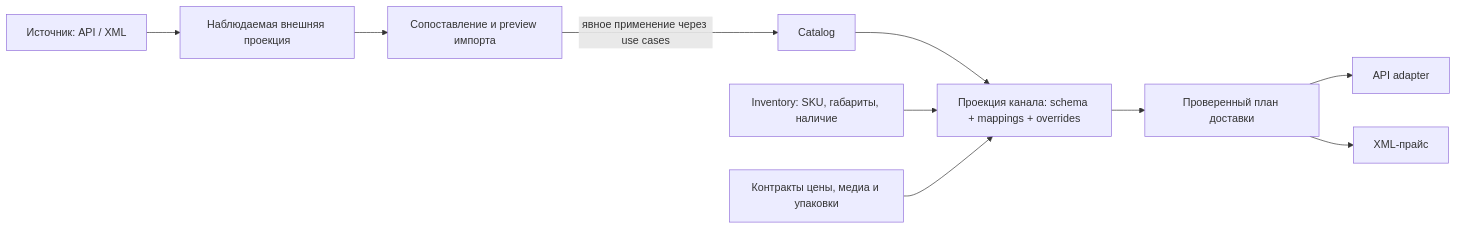
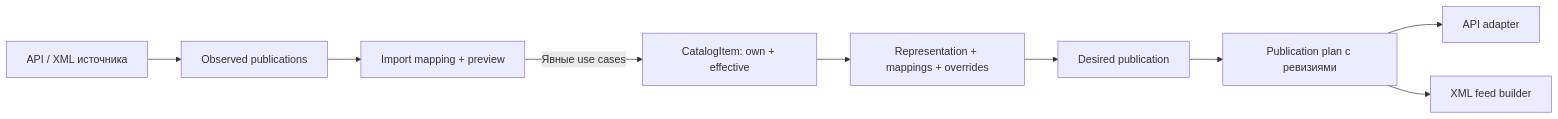
One commit to dinikon/dnk-runtime-core changed the diagram in docs/plan/catalog.md. Above: the diagram before and after it, drawn with Mermaid. The commit also changed other lines of this file and 2 other files, not shown here.

Commit message:
docs(files): outline Files Admin Console plan, lifecycle, domain, and infrastructure

````diff
--- a/docs/plan/catalog.md
+++ b/docs/plan/catalog.md
@@ -586,12 +763,11 @@
 ```mermaid
 flowchart LR
-    SRC["Источник: API / XML"] --> OBS["Наблюдаемая внешняя проекция"]
-    OBS --> MATCH["Сопоставление и preview импорта"]
-    MATCH -->|"явное применение через use cases"| CAT["Catalog"]
-    CAT --> RES["Проекция канала: schema + mappings + overrides"]
-    INV["Inventory: SKU, габариты, наличие"] --> RES
-    OTHER["Контракты цены, медиа и упаковки"] --> RES
-    RES --> PLAN["Проверенный план доставки"]
-    PLAN --> API["API adapter"]
-    PLAN --> XML["XML-прайс"]
+  SRC["API / XML источника"] --> OBS["Observed publications"]
+  OBS --> IMP["Import mapping + preview"]
+  IMP -->|"Явные use cases"| CAT["CatalogItem: own + effective"]
+  CAT --> REP["Representation + mappings + overrides"]
+  REP --> DES["Desired publication"]
+  DES --> PLAN["Publication plan с ревизиями"]
+  PLAN --> API["API adapter"]
+  PLAN --> XML["XML feed builder"]
 ```
````
